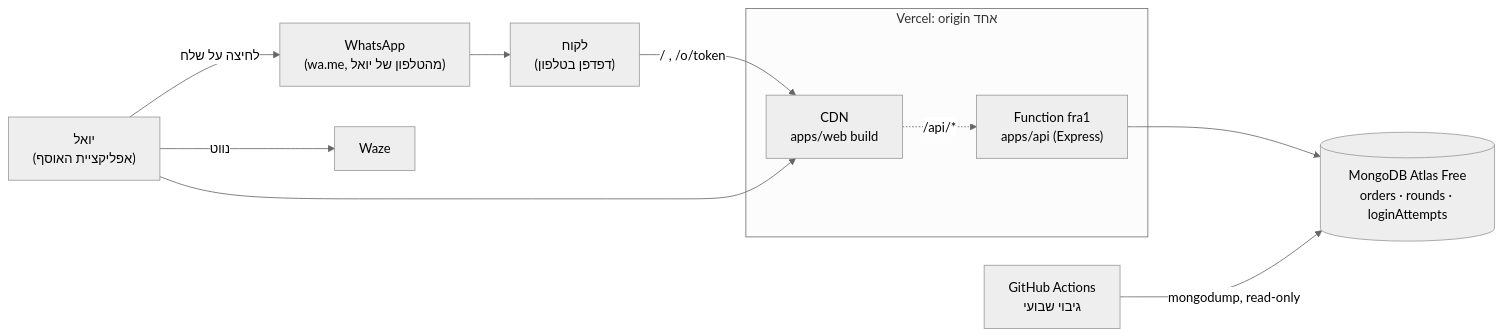
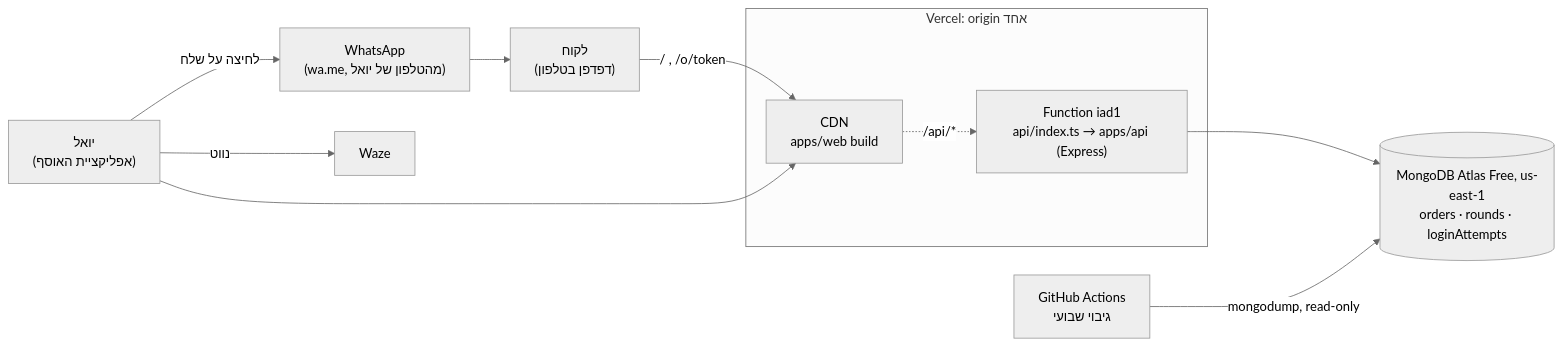
The first of 3 diagrams in ARCHITECTURE.md (uriel-s/Latet-od), drawn with Mermaid (neutral theme) before and after one commit. The commit also changed other lines of this file and 6 other files, not shown here.

First line of the commit message:
Document the deploy and move the function region to iad1

````diff
--- a/ARCHITECTURE.md
+++ b/ARCHITECTURE.md
@@ -25,22 +28,22 @@
 ```mermaid
 flowchart LR
     C["לקוח<br/>(דפדפן בטלפון)"]
     Y["יואל<br/>(אפליקציית האוסף)"]
     subgraph V["Vercel: origin אחד"]
         CDN["CDN<br/>apps/web build"]
-        F["Function fra1<br/>apps/api (Express)"]
+        F["Function iad1<br/>api/index.ts → apps/api (Express)"]
     end
-    M[("MongoDB Atlas Free<br/>orders · rounds · loginAttempts")]
+    M[("MongoDB Atlas Free, us-east-1<br/>orders · rounds · loginAttempts")]
     WA["WhatsApp<br/>(wa.me, מהטלפון של יואל)"]
     WZ["Waze"]
     GH["GitHub Actions<br/>גיבוי שבועי"]
 
     C -->|"/ , /o/token"| CDN
     Y --> CDN
     CDN -.->|"/api/*"| F
     F --> M
     Y -->|"לחיצה על שלח"| WA
     WA --> C
     Y -->|"נווט"| WZ
     GH -->|"mongodump, read-only"| M
 ```
````
